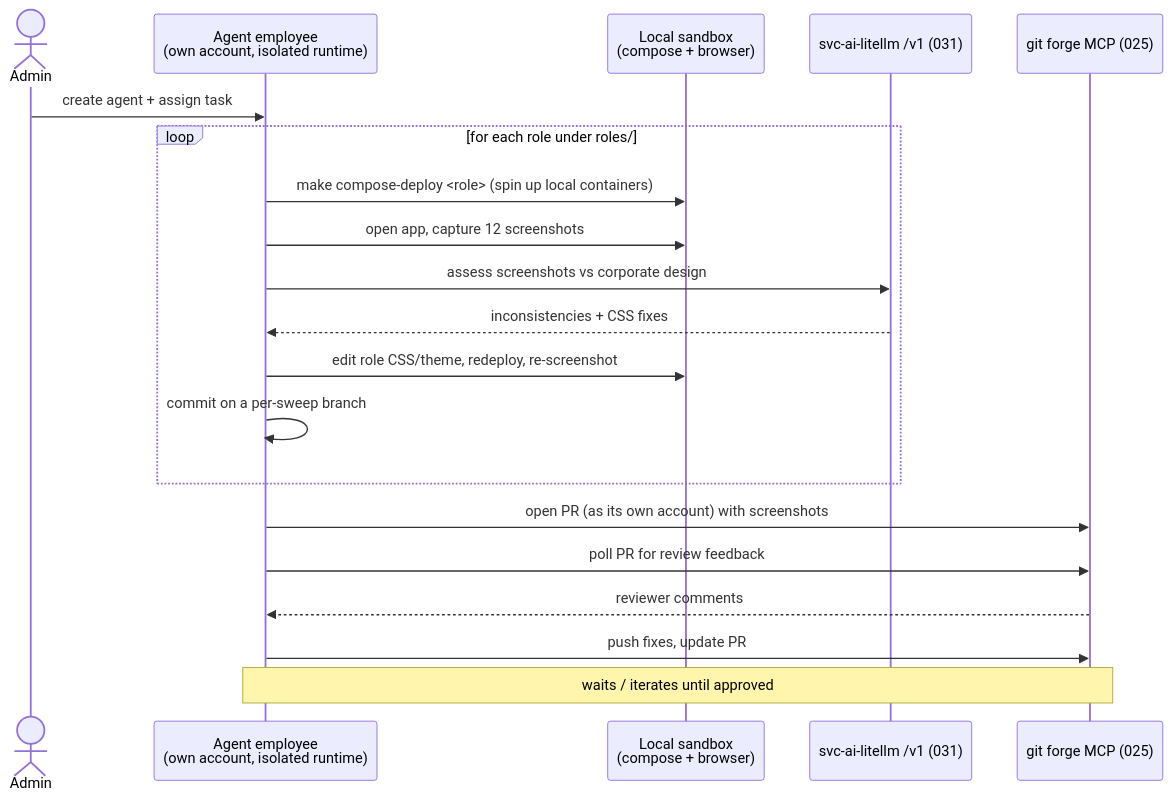
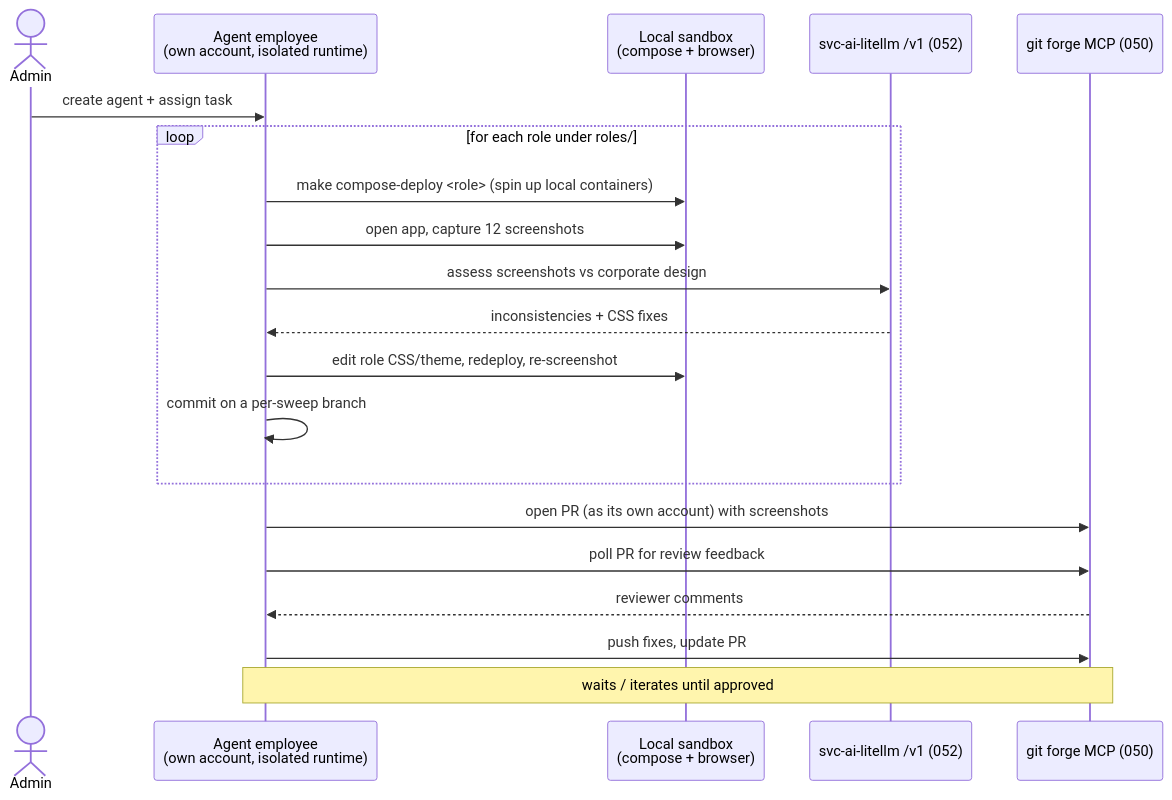
One commit to infinito-nexus/core changed the third of 7 diagrams in docs/requirements/032-agent-employees-firecracker.md. Above: the diagram before and after it, drawn with Mermaid. The commit also changed other lines of this file and 43 other files, not shown here.

````diff
--- a/docs/requirements/032-agent-employees-firecracker.md
+++ b/docs/requirements/032-agent-employees-firecracker.md
@@ -116,23 +116,23 @@
 ```mermaid
 sequenceDiagram
     actor Admin
     participant A as Agent employee<br/>(own account, isolated runtime)
     participant S as Local sandbox<br/>(compose + browser)
-    participant G as svc-ai-litellm /v1 (031)
-    participant F as git forge MCP (025)
+    participant G as svc-ai-litellm /v1 (052)
+    participant F as git forge MCP (050)
 
     Admin->>A: create agent + assign task
     loop for each role under roles/
         A->>S: make compose-deploy <role> (spin up local containers)
         A->>S: open app, capture 12 screenshots
         A->>G: assess screenshots vs corporate design
         G-->>A: inconsistencies + CSS fixes
         A->>S: edit role CSS/theme, redeploy, re-screenshot
         A->>A: commit on a per-sweep branch
     end
     A->>F: open PR (as its own account) with screenshots
     A->>F: poll PR for review feedback
     F-->>A: reviewer comments
     A->>F: push fixes, update PR
     Note over A,F: waits / iterates until approved
 ```
````
